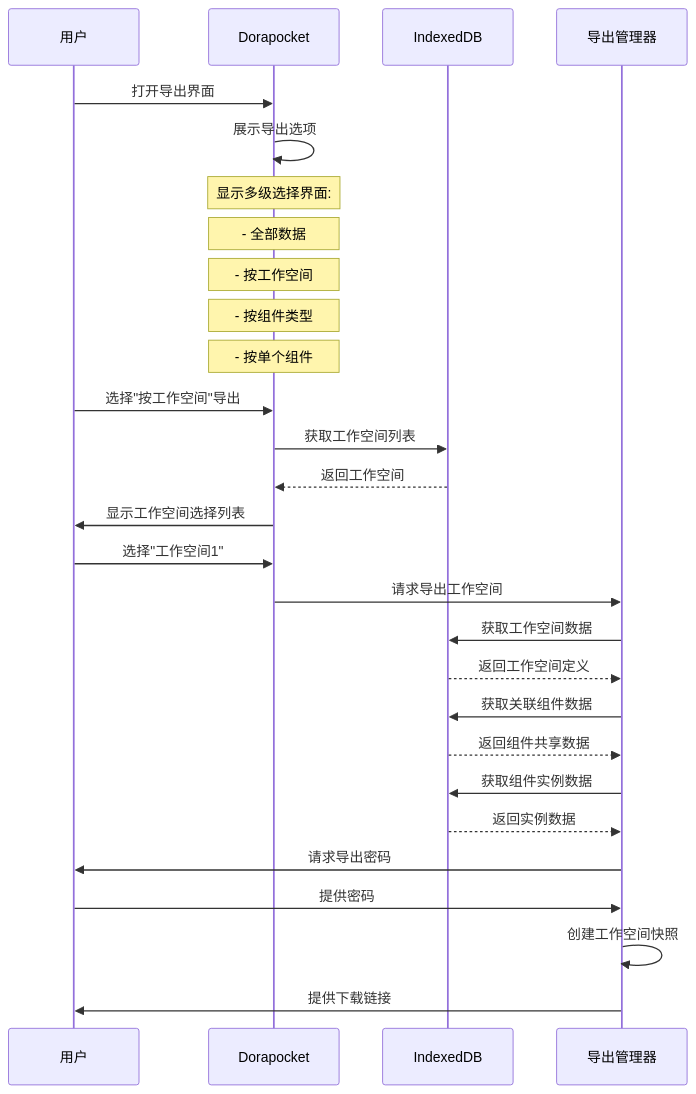
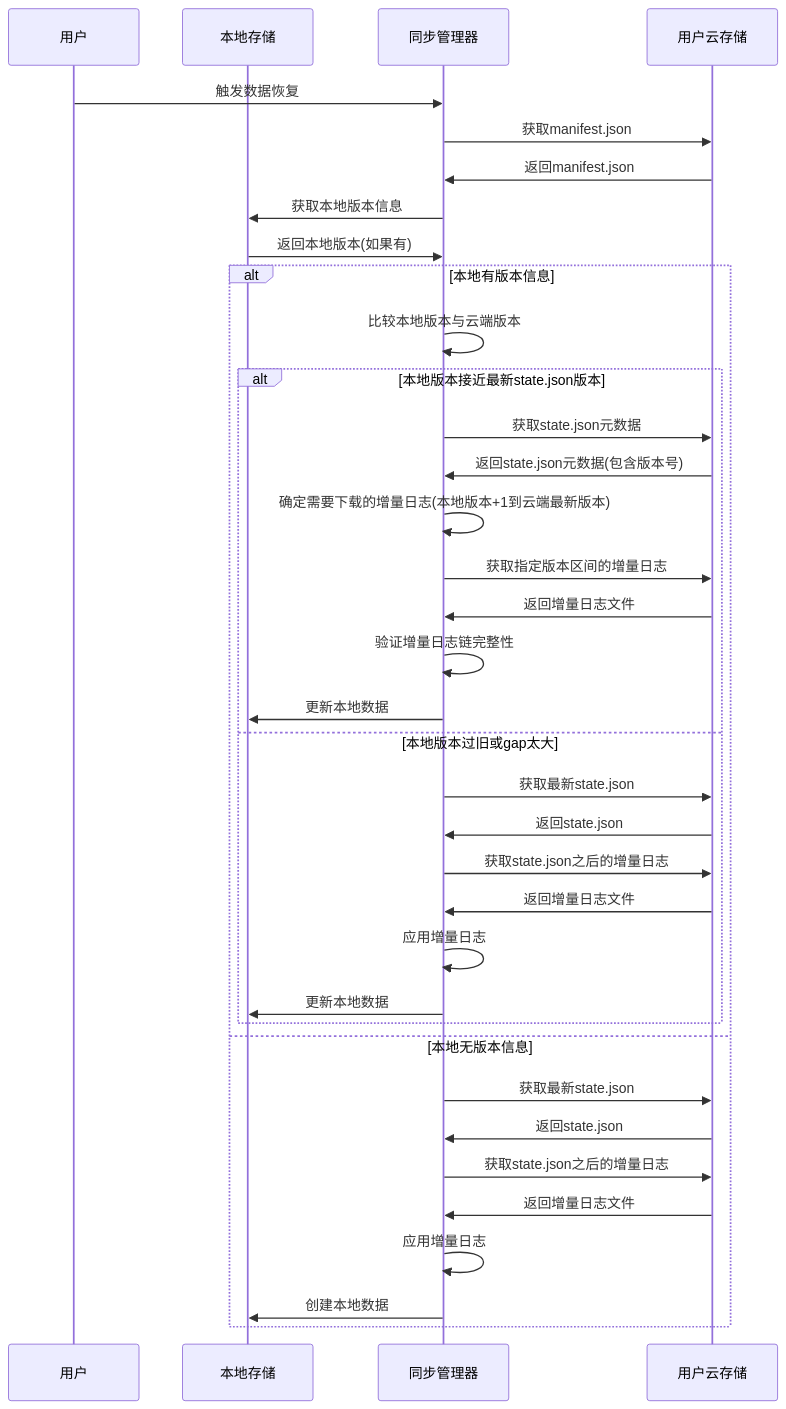
The diagram in all/未命名-36.md (yingjianzh/iodraw-files), drawn with Mermaid before and after one commit.

Commit message:
2025-04-18 15:51:40 update

````diff
--- a/all/未命名-36.md
+++ b/all/未命名-36.md
@@ -1,39 +1,48 @@
 ```mermaid
 sequenceDiagram
     participant User as 用户
-    participant App as Dorapocket
-    participant LocalDB as IndexedDB
-    participant ExportManager as 导出管理器
+    participant LocalDB as 本地存储
+    participant SyncM as 同步管理器
+    participant UserCloud as 用户云存储
     
-    User->>App: 打开导出界面
-    App->>App: 展示导出选项
+    User->>SyncM: 触发数据恢复
+    SyncM->>UserCloud: 获取manifest.json
+    UserCloud->>SyncM: 返回manifest.json
     
-    Note over App: 显示多级选择界面:
-    Note over App: - 全部数据
-    Note over App: - 按工作空间
-    Note over App: - 按组件类型
-    Note over App: - 按单个组件
+    SyncM->>LocalDB: 获取本地版本信息
+    LocalDB->>SyncM: 返回本地版本(如果有)
     
-    User->>App: 选择"按工作空间"导出
-    App->>LocalDB: 获取工作空间列表
-    LocalDB-->>App: 返回工作空间
-    App->>User: 显示工作空间选择列表
-    
-    User->>App: 选择"工作空间1"
-    App->>ExportManager: 请求导出工作空间
-    
-    ExportManager->>LocalDB: 获取工作空间数据
-    LocalDB-->>ExportManager: 返回工作空间定义
-    
-    ExportManager->>LocalDB: 获取关联组件数据
-    LocalDB-->>ExportManager: 返回组件共享数据
-    
-    ExportManager->>LocalDB: 获取组件实例数据
-    LocalDB-->>ExportManager: 返回实例数据
-    
-    ExportManager->>User: 请求导出密码
-    User->>ExportManager: 提供密码
-    
-    ExportManager->>ExportManager: 创建工作空间快照
-    ExportManager->>User: 提供下载链接
+    alt 本地有版本信息
+        SyncM->>SyncM: 比较本地版本与云端版本
+        
+        alt 本地版本接近最新state.json版本
+            SyncM->>UserCloud: 获取state.json元数据
+            UserCloud->>SyncM: 返回state.json元数据(包含版本号)
+            
+            SyncM->>SyncM: 确定需要下载的增量日志(本地版本+1到云端最新版本)
+            SyncM->>UserCloud: 获取指定版本区间的增量日志
+            UserCloud->>SyncM: 返回增量日志文件
+            
+            SyncM->>SyncM: 验证增量日志链完整性
+            SyncM->>LocalDB: 更新本地数据
+        else 本地版本过旧或gap太大
+            SyncM->>UserCloud: 获取最新state.json
+            UserCloud->>SyncM: 返回state.json
+            
+            SyncM->>UserCloud: 获取state.json之后的增量日志
+            UserCloud->>SyncM: 返回增量日志文件
+            
+            SyncM->>SyncM: 应用增量日志
+            SyncM->>LocalDB: 更新本地数据
+        end
+    else 本地无版本信息
+        SyncM->>UserCloud: 获取最新state.json
+        UserCloud->>SyncM: 返回state.json
+        
+        SyncM->>UserCloud: 获取state.json之后的增量日志
+        UserCloud->>SyncM: 返回增量日志文件
+        
+        SyncM->>SyncM: 应用增量日志
+        SyncM->>LocalDB: 创建本地数据
+    end
 ```
````
